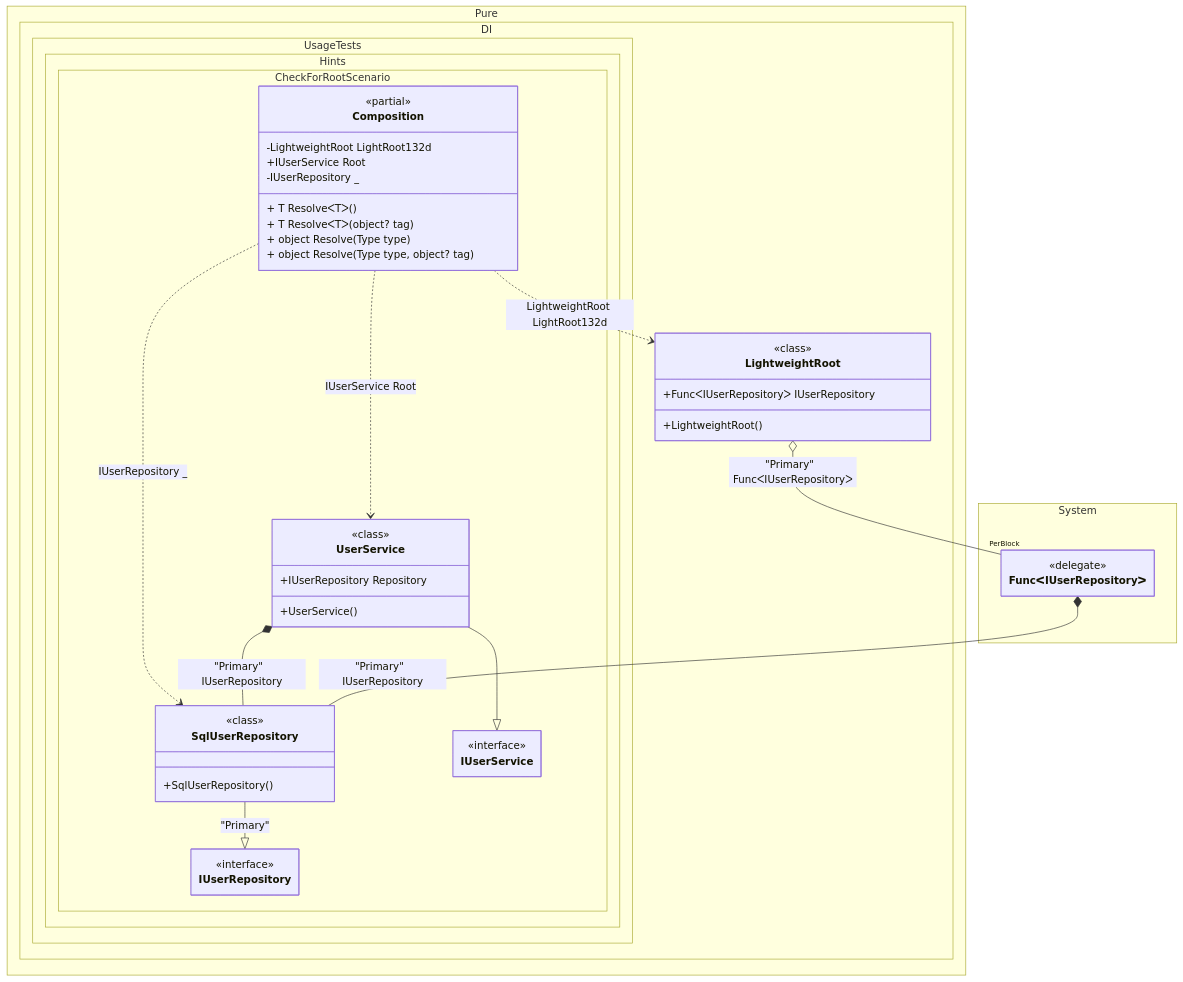
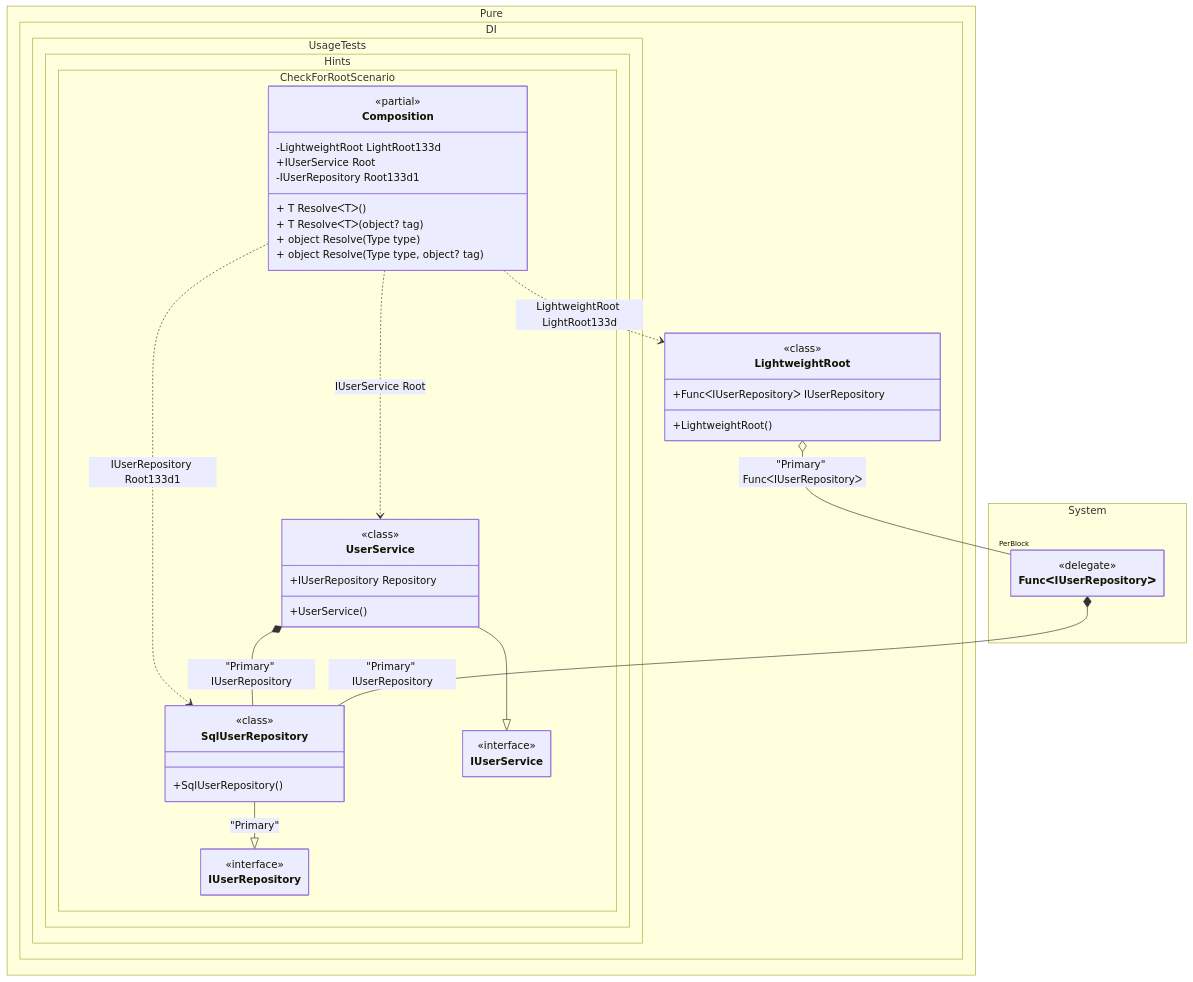
The diagram in readme/check-for-a-root.md (MaiKuraki/Pure.DI), drawn with Mermaid before and after one commit. The commit also changed 152 other files, not shown here.

````diff
--- a/readme/check-for-a-root.md
+++ b/readme/check-for-a-root.md
@@ -305,57 +305,55 @@
 ```mermaid
 ---
  config:
-  maxTextSize: 2147483647
-  maxEdges: 2147483647
   class:
    hideEmptyMembersBox: true
 ---
 classDiagram
-	SqlUserRepository --|> IUserRepository : "Primary" 
+	SqlUserRepository --|> IUserRepository : "Primary"
 	UserService --|> IUserService
-	Composition ..> LightweightRoot : LightweightRoot LightRoot132d
+	Composition ..> LightweightRoot : LightweightRoot LightRoot133d
 	Composition ..> UserService : IUserService Root
-	Composition ..> SqlUserRepository : IUserRepository _
-	UserService *--  SqlUserRepository : "Primary"  IUserRepository
-	LightweightRoot o-- "PerBlock" FuncᐸIUserRepositoryᐳ : "Primary"  FuncᐸIUserRepositoryᐳ
-	FuncᐸIUserRepositoryᐳ *--  SqlUserRepository : "Primary"  IUserRepository
+	Composition ..> SqlUserRepository : IUserRepository Root133d1
+	UserService *-- SqlUserRepository : "Primary" IUserRepository
+	LightweightRoot o-- "PerBlock" FuncᐸIUserRepositoryᐳ : "Primary" FuncᐸIUserRepositoryᐳ
+	FuncᐸIUserRepositoryᐳ *-- SqlUserRepository : "Primary" IUserRepository
 	namespace Pure.DI {
 		class LightweightRoot {
 				<<class>>
 			+LightweightRoot()
 			+FuncᐸIUserRepositoryᐳ IUserRepository
 		}
 	}
 	namespace Pure.DI.UsageTests.Hints.CheckForRootScenario {
 		class Composition {
 		<<partial>>
-		-LightweightRoot LightRoot132d
+		-LightweightRoot LightRoot133d
 		+IUserService Root
-		-IUserRepository _
+		-IUserRepository Root133d1
 		+ T ResolveᐸTᐳ()
 		+ T ResolveᐸTᐳ(object? tag)
 		+ object Resolve(Type type)
 		+ object Resolve(Type type, object? tag)
 		}
 		class IUserRepository {
 			<<interface>>
 		}
 		class IUserService {
 			<<interface>>
 		}
 		class SqlUserRepository {
 				<<class>>
 			+SqlUserRepository()
 		}
 		class UserService {
 				<<class>>
 			+UserService()
 			+IUserRepository Repository
 		}
 	}
 	namespace System {
 		class FuncᐸIUserRepositoryᐳ {
 				<<delegate>>
 		}
 	}
 ```
````
